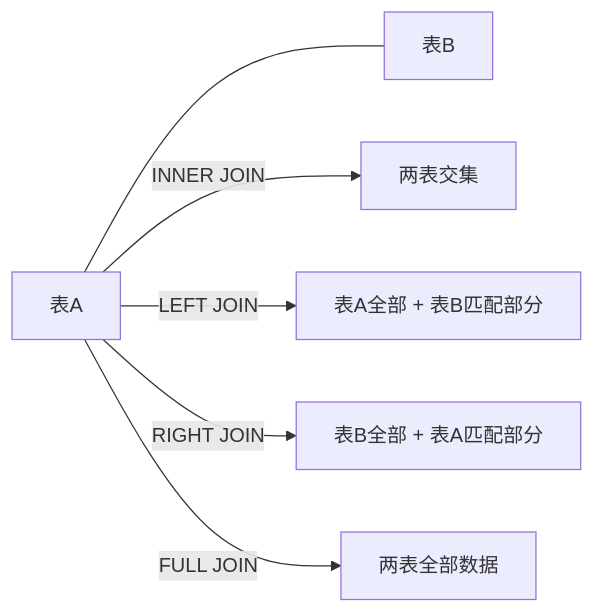
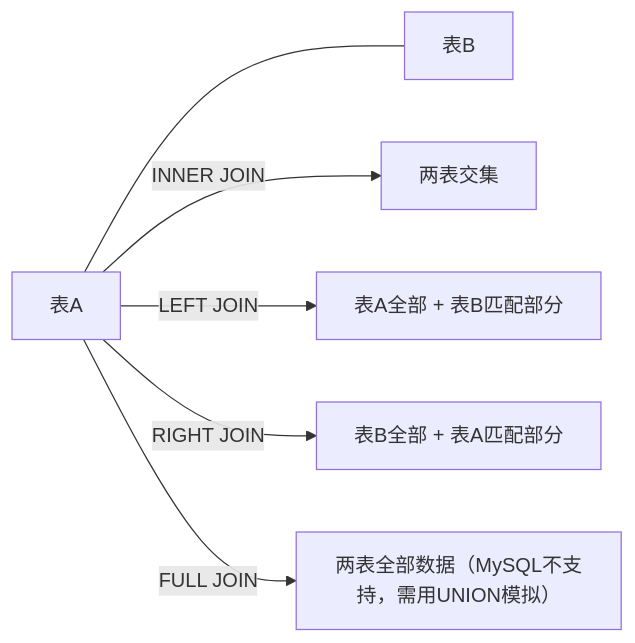
One commit to MuyuQ/MuyuQ.github.io changed the diagram in docs/DB/MySQL多表查询.md. Above: the diagram before and after it, drawn with Mermaid. The commit also changed other lines of this file and 82 other files, not shown here.

````diff
--- a/docs/DB/MySQL多表查询.md
+++ b/docs/DB/MySQL多表查询.md
@@ -44,8 +49,8 @@
 ```mermaid
 graph LR
     A[表A] --- B[表B]
     A -->|INNER JOIN| C[两表交集]
     A -->|LEFT JOIN| D[表A全部 + 表B匹配部分]
     A -->|RIGHT JOIN| E[表B全部 + 表A匹配部分]
-    A -->|FULL JOIN| F[两表全部数据]
+    A -->|FULL JOIN| F["两表全部数据（MySQL不支持，需用UNION模拟）"]
 ```
````
